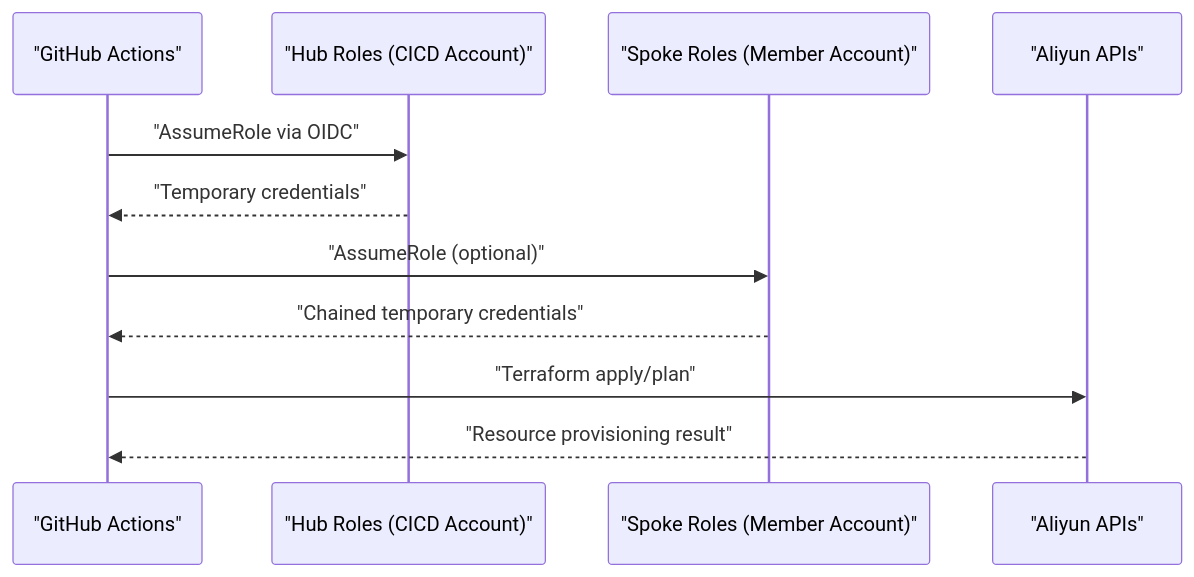
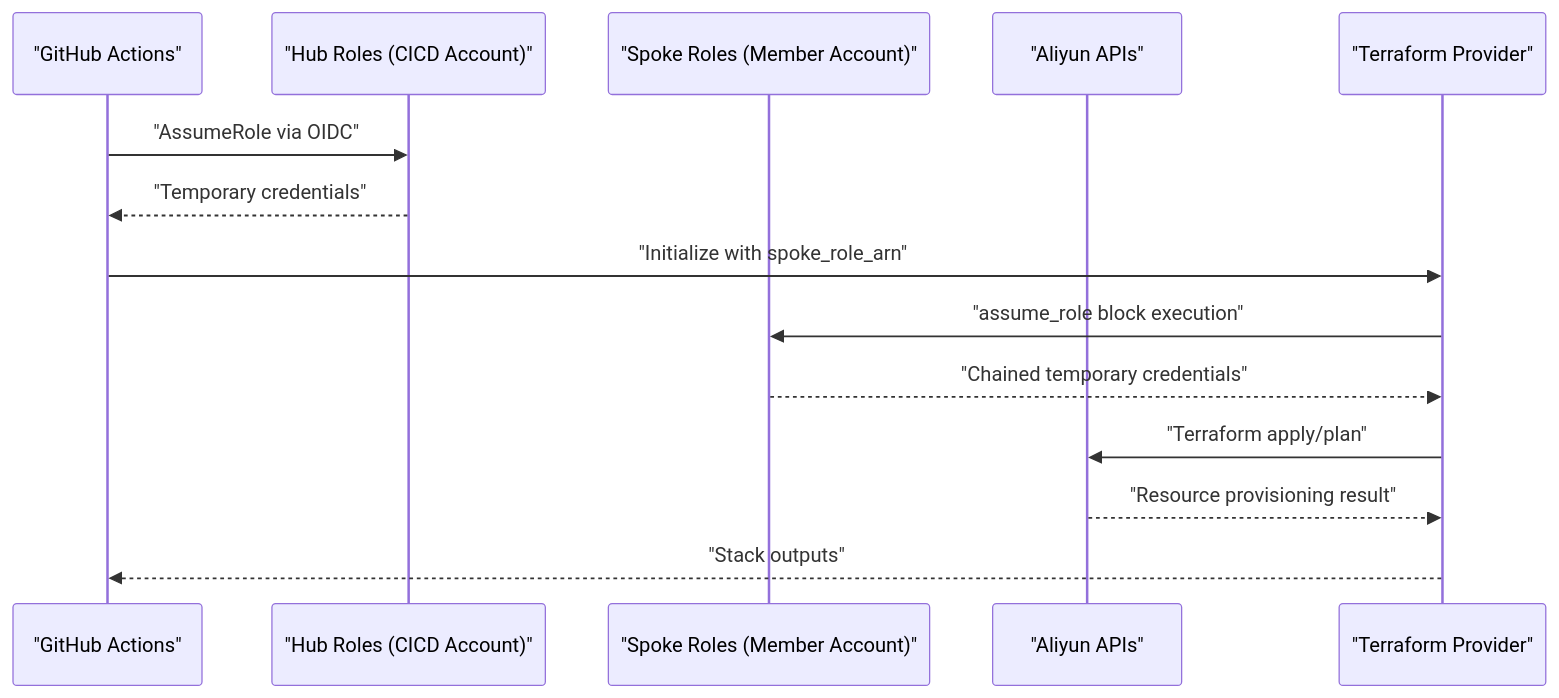
One commit to AlibabaCloudLandingZone/alibabacloud-landingzone-accelerator-github-demo changed the second of 12 diagrams in .qoder/repowiki/en/content/Stack Architecture/Stack Architecture.md. Above: the diagram before and after it, drawn with Mermaid. The commit also changed other lines of this file and 104 other files, not shown here.

````diff
--- a/.qoder/repowiki/en/content/Stack Architecture/Stack Architecture.md
+++ b/.qoder/repowiki/en/content/Stack Architecture/Stack Architecture.md
@@ -125,13 +152,16 @@
 ```mermaid
 sequenceDiagram
 participant GH as "GitHub Actions"
 participant Hub as "Hub Roles (CICD Account)"
 participant Spoke as "Spoke Roles (Member Account)"
 participant Alis as "Aliyun APIs"
+participant TF as "Terraform Provider"
 GH->>Hub : "AssumeRole via OIDC"
 Hub-->>GH : "Temporary credentials"
-GH->>Spoke : "AssumeRole (optional)"
-Spoke-->>GH : "Chained temporary credentials"
-GH->>Alis : "Terraform apply/plan"
-Alis-->>GH : "Resource provisioning result"
+GH->>TF : "Initialize with spoke_role_arn"
+TF->>Spoke : "assume_role block execution"
+Spoke-->>TF : "Chained temporary credentials"
+TF->>Alis : "Terraform apply/plan"
+Alis-->>TF : "Resource provisioning result"
+TF-->>GH : "Stack outputs"
 ```
````
